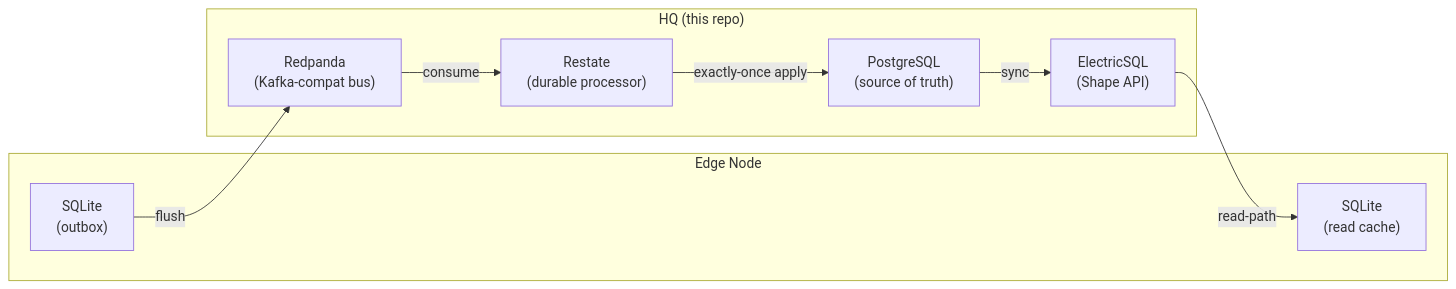
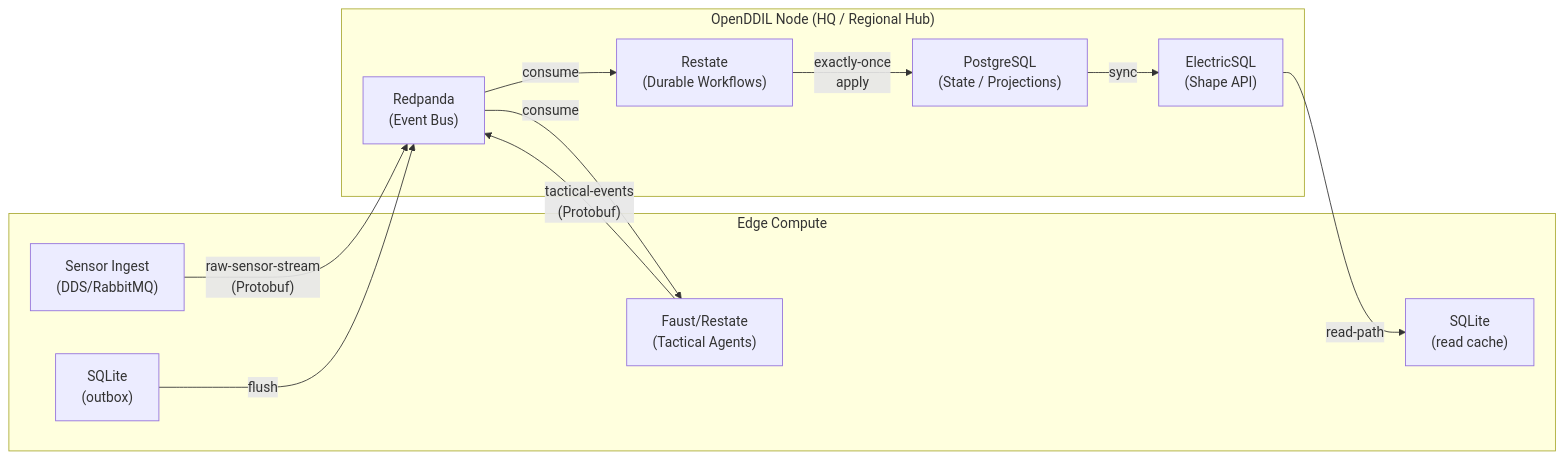
The diagram in README.md (edgy-solutions/openddil-stack), drawn with Mermaid before and after one commit.

Commit message:
I have successfully updated the Mermaid architecture diagram in the openddil-stack/README.md!
The new diagram now accurately reflects the full end-to-end flow, incorporating the new components we just built:
• Sensor Ingest (DDS/RabbitMQ) pushing raw-sensor-stream (Protobuf) into Redpanda.
• Faust/Restate Tactical Agents consuming the raw stream and publishing tactical-events (Protobuf) back to Redpanda.
• The Restate Durable Workflows (like the Hub Projector) consuming those events and applying exactly-once projections to the PostgreSQL state.
• It also retains the ElectricSQL read-path sync and the Edge Outbox flush patterns.

This gives a much clearer, comprehensive view of how the Edge Compute layer interacts with the OpenDDIL Node!

````diff
--- a/README.md
+++ b/README.md
@@ -7,17 +7,22 @@
 ```mermaid
 graph LR
-    subgraph Edge Node
+    subgraph Edge Compute
+        SI["Sensor Ingest\n(DDS/RabbitMQ)"]
+        FA["Faust/Restate\n(Tactical Agents)"]
         RC["SQLite\n(read cache)"]
         OB["SQLite\n(outbox)"]
     end
 
-    subgraph HQ ["HQ (this repo)"]
-        PG["PostgreSQL\n(source of truth)"]
-        RS["Restate\n(durable processor)"]
-        RP["Redpanda\n(Kafka-compat bus)"]
+    subgraph OpenDDIL Node ["OpenDDIL Node (HQ / Regional Hub)"]
+        RP["Redpanda\n(Event Bus)"]
+        RS["Restate\n(Durable Workflows)"]
+        PG["PostgreSQL\n(State / Projections)"]
         EL["ElectricSQL\n(Shape API)"]
     end
 
-    PG -- sync --> EL -- read-path --> RC
-    OB -- flush --> RP -- consume --> RS -- exactly-once apply --> PG
+    SI -- "raw-sensor-stream\n(Protobuf)" --> RP
+    RP -- "consume" --> FA -- "tactical-events\n(Protobuf)" --> RP
+    RP -- "consume" --> RS -- "exactly-once\napply" --> PG
+    PG -- "sync" --> EL -- "read-path" --> RC
+    OB -- "flush" --> RP
 ```
````
